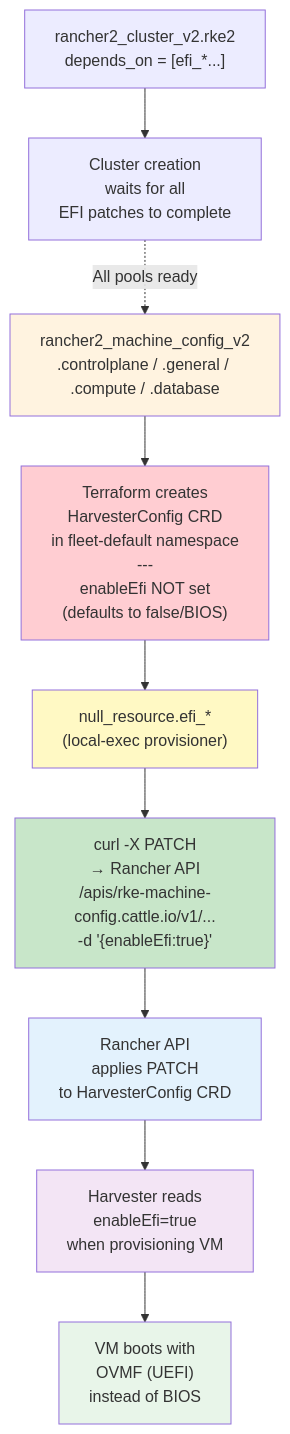
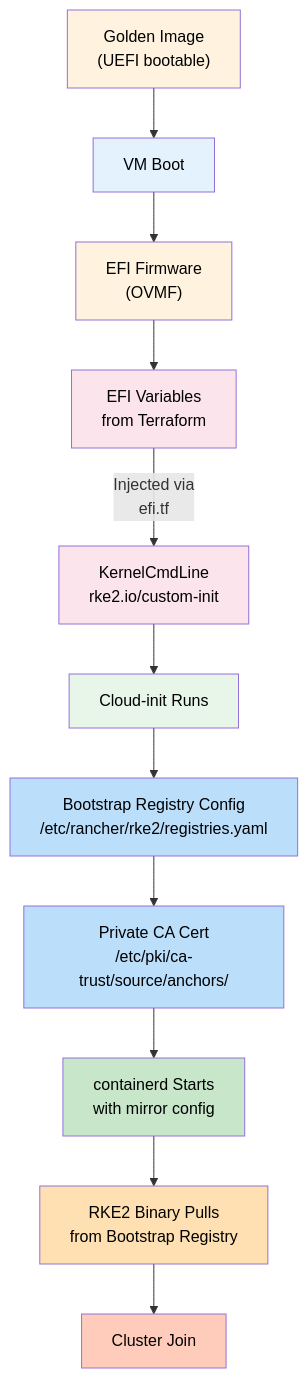
The eighth of 8 diagrams in docs/architecture.md (derhornspieler/harvester-rke2-cluster), drawn with Mermaid before and after one commit. The commit also changed other lines of this file and 3 other files, not shown here.

````diff
--- a/docs/architecture.md
+++ b/docs/architecture.md
@@ -745,29 +545,25 @@
 ```mermaid
 graph TD
-    A["rancher2_machine_config_v2<br/>.controlplane / .general / .compute / .database"]
-    B["Terraform creates<br/>HarvesterConfig CRD<br/>in fleet-default namespace<br/>---<br/>enableEfi NOT set<br/>(defaults to false/BIOS)"]
-    C["null_resource.efi_*<br/>(local-exec provisioner)"]
-    D["curl -X PATCH<br/>→ Rancher API<br/>/apis/rke-machine-config.cattle.io/v1/...<br/>-d '{enableEfi:true}'"]
-    E["Rancher API<br/>applies PATCH<br/>to HarvesterConfig CRD"]
-    F["Harvester reads<br/>enableEfi=true<br/>when provisioning VM"]
-    G["VM boots with<br/>OVMF (UEFI)<br/>instead of BIOS"]
-    H["rancher2_cluster_v2.rke2<br/>depends_on = [efi_*...]"]
-    I["Cluster creation<br/>waits for all<br/>EFI patches to complete"]
+    A["Golden Image<br/>(UEFI bootable)"] --> B["VM Boot"]
+    B --> C["EFI Firmware<br/>(OVMF)"]
+    C --> D["EFI Variables<br/>from Terraform"]
+    D -->|"Injected via<br/>efi.tf"| E["KernelCmdLine<br/>rke2.io/custom-init"]
+    E --> F["Cloud-init Runs"]
+    F --> G["Bootstrap Registry Config<br/>/etc/rancher/rke2/registries.yaml"]
+    G --> H["Private CA Cert<br/>/etc/pki/ca-trust/source/anchors/"]
+    H --> I["containerd Starts<br/>with mirror config"]
+    I --> J["RKE2 Binary Pulls<br/>from Bootstrap Registry"]
+    J --> K["Cluster Join"]
 
-    A --> B
-    B --> C
-    C --> D
-    D --> E
-    E --> F
-    F --> G
-    H --> I
-    I -.->|"All pools ready"| A
-
-    style A fill:#fff3e0
-    style B fill:#ffcdd2
-    style C fill:#fff9c4
-    style D fill:#c8e6c9
-    style E fill:#e3f2fd
-    style F fill:#f3e5f5
-    style G fill:#e8f5e9
+    style A fill:#fff3e0,color:#000
+    style B fill:#e3f2fd,color:#000
+    style C fill:#fff3e0,color:#000
+    style D fill:#fce4ec,color:#000
+    style E fill:#fce4ec,color:#000
+    style F fill:#e8f5e9,color:#000
+    style G fill:#bbdefb,color:#000
+    style H fill:#bbdefb,color:#000
+    style I fill:#c8e6c9,color:#000
+    style J fill:#ffe0b2,color:#000
+    style K fill:#ffccbc,color:#000
 ```
````
